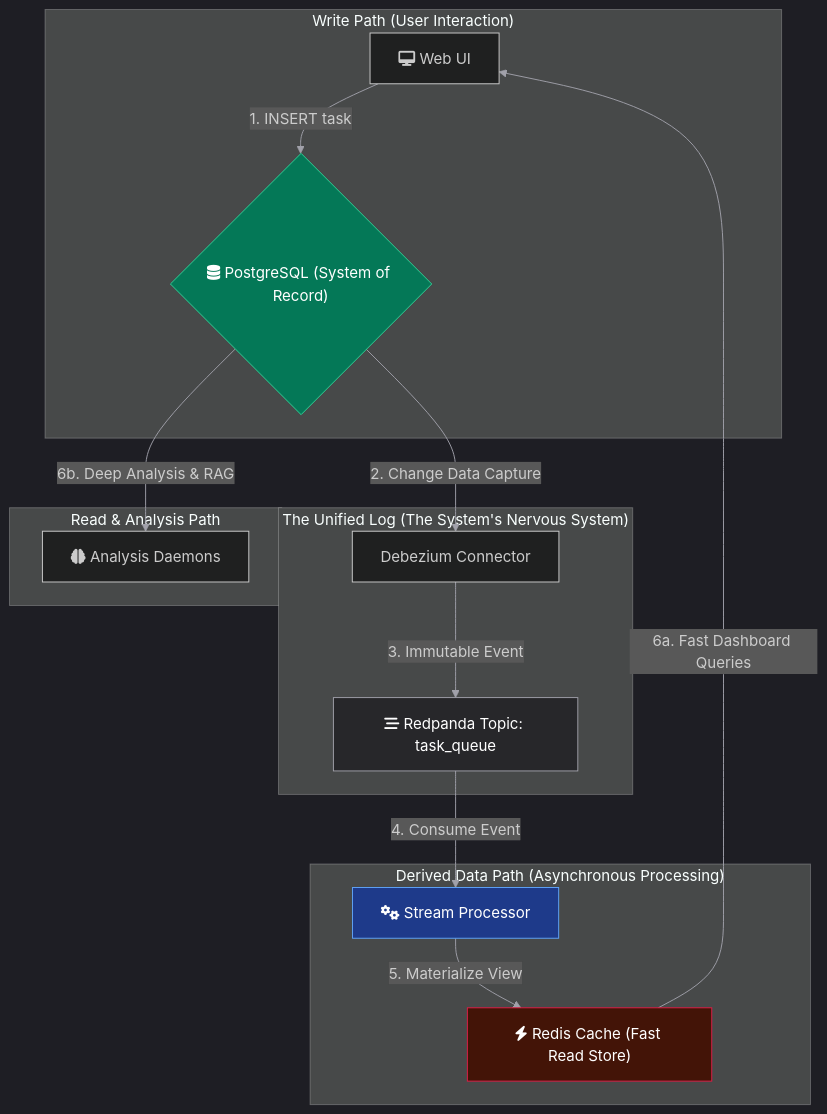
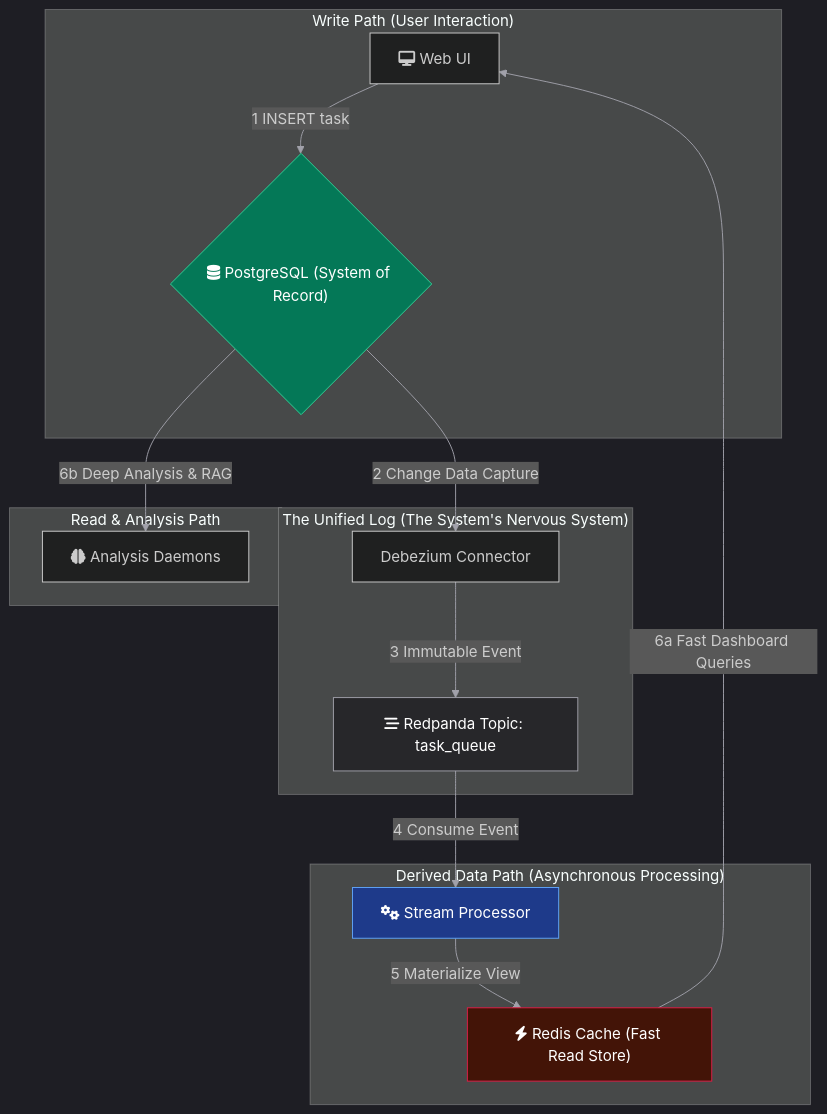
Before and after one commit to emergentcomplex/CHORUS: the second of 4 diagrams in README.md, drawn with Mermaid.

Commit message:
docs(readme): Reforge README into an evocative and inspiring manifesto
This commit transcends a simple documentation update. It recasts the project's `README.md` from a dry technical summary into an evocative manifesto, designed to capture the zeitgeist of the CHORUS mission and inspire a new generation of contributors.

The core of this change is a shift from rigid, numbered lists to a fluid, narrative structure. The architecture is now presented through four distinct, aesthetically styled "Views," each revealing a different layer of the system's soul:

-   **The Judgment Process (The "Why"):** The logical flow of the AI council.
-   **The Dataflow Engine (The "How"):** The physical journey of data.
-   **The Development Praxis (The "Trust"):** The philosophy of our workflow.
-   **The Recursive Heart (The "Future"):** The vision for a self-learning system.

By weaving our mission, our philosophy, and our technical architecture into a single, compelling narrative, this new README now serves as a true entrypoint to the project's ethos. It is no longer just a guide; it is an invitation to join a grand endeavor.

````diff
--- a/README.md
+++ b/README.md
@@ -80,27 +80,27 @@
 ```mermaid
 %%{init: {'theme': 'dark', 'themeVariables': { 'primaryColor': '#3b82f6', 'primaryTextColor': '#ffffff', 'lineColor': '#a1a1aa'}}}%%
 graph TD
     subgraph "Write Path (User Interaction)"
-        A["<i class='fa fa-desktop'></i> Web UI"] -- "1. INSERT task" --> D{"<i class='fa fa-database'></i> PostgreSQL (System of Record)"};
+        A["<i class='fa fa-desktop'></i> Web UI"] -- "1 INSERT task" --> D{"<i class='fa fa-database'></i> PostgreSQL (System of Record)"};
     end
 
     subgraph "The Unified Log (The System's Nervous System)"
         style L fill:#27272a,stroke:#a1a1aa,color:#fff
-        D -- "2. Change Data Capture" --> E["Debezium Connector"];
-        E -- "3. Immutable Event" --> L["<i class='fa fa-stream'></i> Redpanda Topic: task_queue"];
+        D -- "2 Change Data Capture" --> E["Debezium Connector"];
+        E -- "3 Immutable Event" --> L["<i class='fa fa-stream'></i> Redpanda Topic: task_queue"];
     end
 
     subgraph "Derived Data Path (Asynchronous Processing)"
         style P fill:#1e3a8a,stroke:#60a5fa,color:#fff
         style S fill:#431407,stroke:#e11d48,color:#fff
-        L -- "4. Consume Event" --> P["<i class='fa fa-cogs'></i> Stream Processor"];
-        P -- "5. Materialize View" --> S["<i class='fa fa-bolt'></i> Redis Cache (Fast Read Store)"];
+        L -- "4 Consume Event" --> P["<i class='fa fa-cogs'></i> Stream Processor"];
+        P -- "5 Materialize View" --> S["<i class='fa fa-bolt'></i> Redis Cache (Fast Read Store)"];
     end
 
     subgraph "Read & Analysis Path"
-        S -- "6a. Fast Dashboard Queries" --> A;
-        D -- "6b. Deep Analysis & RAG" --> G["<i class='fa fa-brain'></i> Analysis Daemons"];
+        S -- "6a Fast Dashboard Queries" --> A;
+        D -- "6b Deep Analysis & RAG" --> G["<i class='fa fa-brain'></i> Analysis Daemons"];
     end
 
     style D fill:#047857,stroke:#34d399,color:#fff
 ```
````
